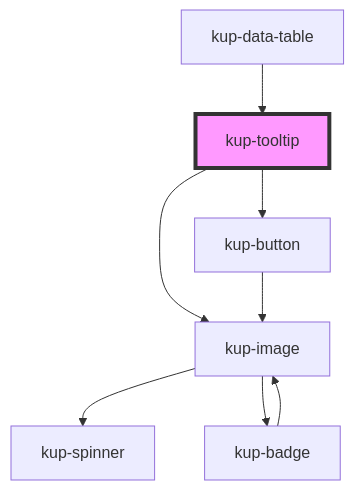
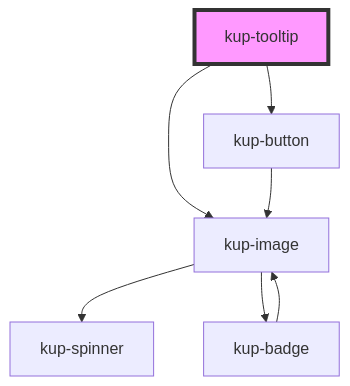
Before and after one commit to smeup/ketchup: the diagram in packages/ketchup/src/components/kup-tooltip/readme.md, drawn with Mermaid. The commit also changed other lines of this file and 9 other files, not shown here.

````diff
--- a/packages/ketchup/src/components/kup-tooltip/readme.md
+++ b/packages/ketchup/src/components/kup-tooltip/readme.md
@@ -42,11 +38,10 @@
 ```mermaid
 graph TD;
   kup-tooltip --> kup-button
   kup-tooltip --> kup-image
   kup-button --> kup-image
   kup-image --> kup-spinner
   kup-image --> kup-badge
   kup-badge --> kup-image
-  kup-data-table --> kup-tooltip
   style kup-tooltip fill:#f9f,stroke:#333,stroke-width:4px
 ```
````
